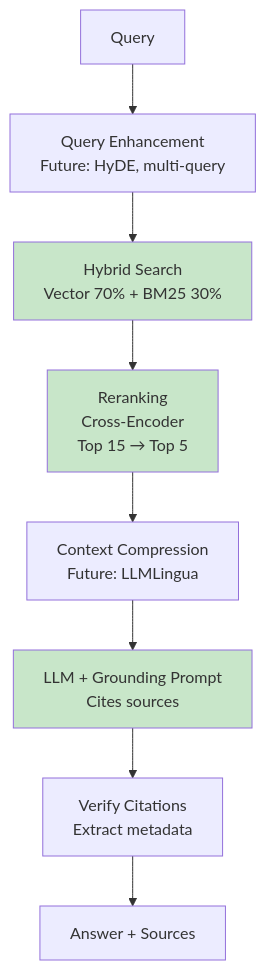
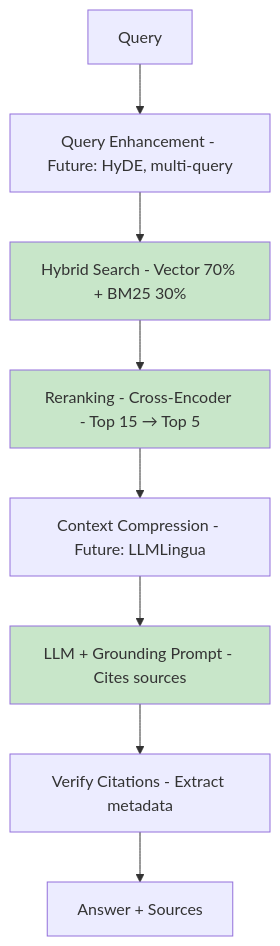
One commit to indhra/llm_rag_sec_findings changed diagram 14 of 15 in docs/learning/03-rag-fundamentals.md. Above: the diagram before and after it, drawn with Mermaid. The commit also changed other lines of this file and 9 other files, not shown here.

````diff
--- a/docs/learning/03-rag-fundamentals.md
+++ b/docs/learning/03-rag-fundamentals.md
@@ -439,14 +439,14 @@
 ```mermaid
 graph TB
-    Q[Query] --> QE[Query Enhancement<br/>Future: HyDE, multi-query]
-    QE --> H[Hybrid Search<br/>Vector 70% + BM25 30%]
-    H --> R[Reranking<br/>Cross-Encoder<br/>Top 15 → Top 5]
-    R --> C[Context Compression<br/>Future: LLMLingua]
-    C --> L[LLM + Grounding Prompt<br/>Cites sources]
-    L --> V[Verify Citations<br/>Extract metadata]
+    Q[Query] --> QE[Query Enhancement - Future: HyDE, multi-query]
+    QE --> H[Hybrid Search - Vector 70% + BM25 30%]
+    H --> R[Reranking - Cross-Encoder - Top 15 → Top 5]
+    R --> C[Context Compression - Future: LLMLingua]
+    C --> L[LLM + Grounding Prompt - Cites sources]
+    L --> V[Verify Citations - Extract metadata]
     V --> A[Answer + Sources]
     
     style H fill:#c8e6c9
     style R fill:#c8e6c9
     style L fill:#c8e6c9
 ```
````
